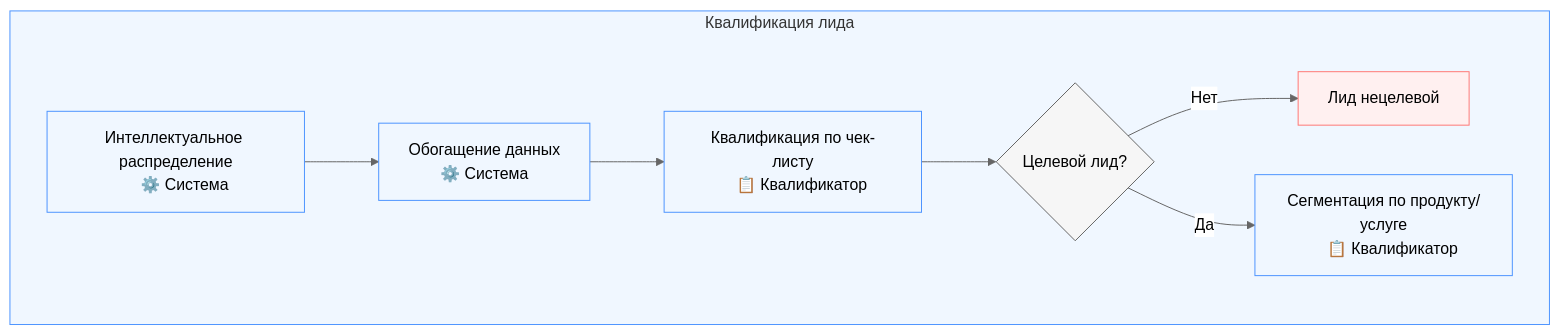
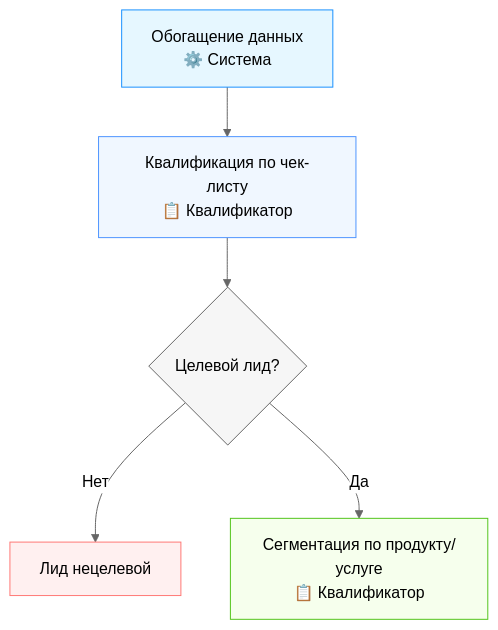
Before and after one commit to electronic777/Trust-PF-Docs: the third of 5 diagrams in README.md, drawn with Mermaid.

````diff
--- a/README.md
+++ b/README.md
@@ -314,48 +314,24 @@
 ```mermaid
 %%{init: {
   'theme': 'neutral',
   'themeVariables': {
     'primaryColor': '#f4f4f4',
     'primaryTextColor': '#333',
     'primaryBorderColor': '#ddd',
     'lineColor': '#666',
     'secondaryColor': '#f0f7ff',
     'tertiaryColor': '#fff'
   }
 }}%%
 flowchart TD
- subgraph qualification["Квалификация лида"]
-    leadDistribution["Интеллектуальное распределение
-    ⚙️ Система"] 
+    dataEnrichment["Обогащение данных\n⚙️ Система"] --> qualificationCheck["Квалификация по чек-листу\n📋 Квалификатор"]
+    qualificationCheck --> leadVerdict{"Целевой лид?"}
+    leadVerdict -- "Нет" --> notTarget["Лид нецелевой"]
+    leadVerdict -- "Да" --> targetSegmentation["Сегментация по продукту/услуге\n📋 Квалификатор"]
     
-    dataEnrichment["Обогащение данных
-    ⚙️ Система"]
-    
-    qualificationCheck["Квалификация по чек-листу
-    📋 Квалификатор"]
-    
-    leadVerdict{"Целевой лид?"}
-    
-    notTarget["Лид нецелевой"]
-    
-    targetSegmentation["Сегментация по продукту/услуге
-    📋 Квалификатор"]
-    
-    leadDistribution --> dataEnrichment
-    dataEnrichment --> qualificationCheck
-    qualificationCheck --> leadVerdict
-    leadVerdict -- "Нет" --> notTarget
-    leadVerdict -- "Да" --> targetSegmentation
- end
- 
- %% Стили для блоков
- style qualification fill:#f0f7ff,stroke:#4d94ff,stroke-width:1px
- 
- %% Стили для элементов
- style leadDistribution fill:#f0f7ff,stroke:#4d94ff,stroke-width:1px
- style dataEnrichment fill:#f0f7ff,stroke:#4d94ff,stroke-width:1px
- style qualificationCheck fill:#f0f7ff,stroke:#4d94ff,stroke-width:1px
- style leadVerdict fill:#f6f6f6,stroke:#666,stroke-width:1px
- style notTarget fill:#fff0f0,stroke:#ff7875,stroke-width:1px
- style targetSegmentation fill:#f0f7ff,stroke:#4d94ff,stroke-width:1px
+    style dataEnrichment fill:#e6f7ff,stroke:#1890ff,stroke-width:1px
+    style qualificationCheck fill:#f0f7ff,stroke:#4d94ff,stroke-width:1px
+    style leadVerdict fill:#f6f6f6,stroke:#666,stroke-width:1px
+    style notTarget fill:#fff0f0,stroke:#ff7875,stroke-width:1px
+    style targetSegmentation fill:#f6ffed,stroke:#52c41a,stroke-width:1px
 ```
````
